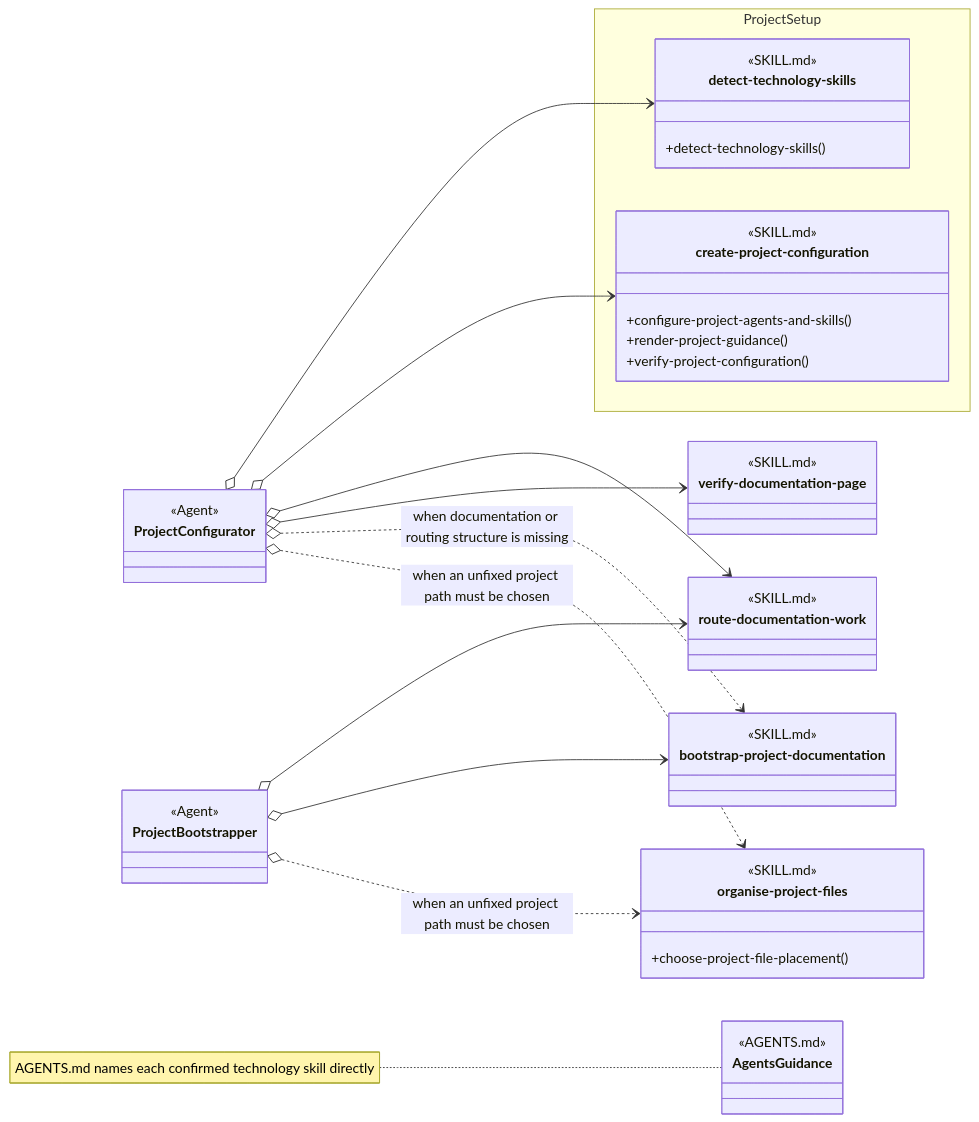
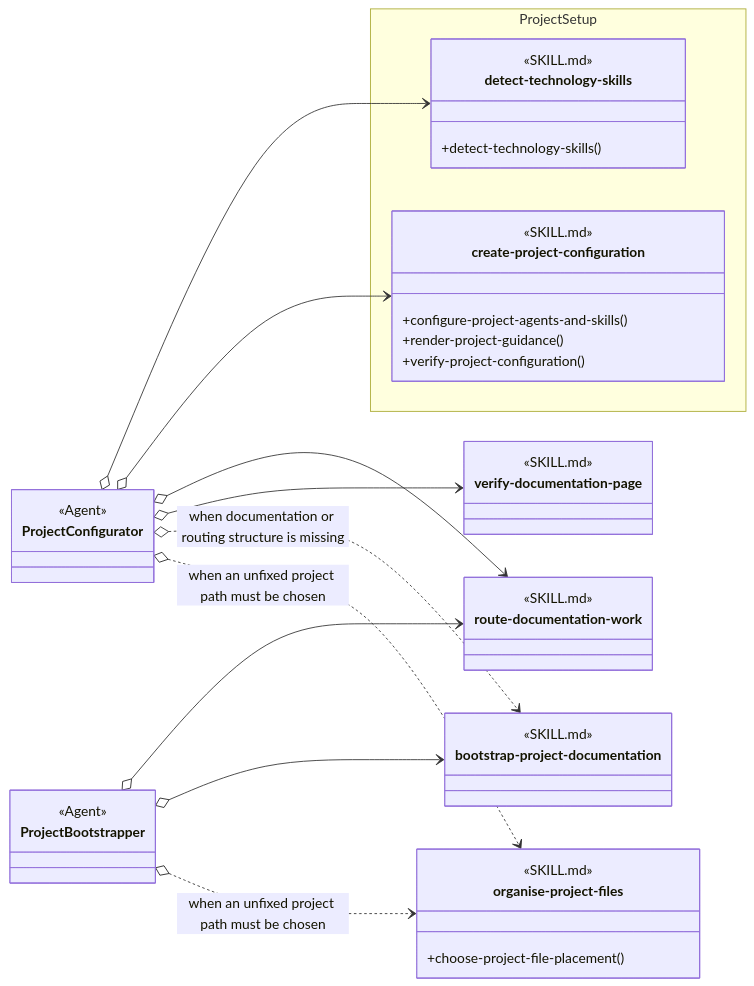
The diagram in design/skill-groups/project-setup.md (martinbechard/dev-methodology), drawn with Mermaid before and after one commit. The commit also changed 8 other files, not shown here.

````diff
--- a/design/skill-groups/project-setup.md
+++ b/design/skill-groups/project-setup.md
@@ -13,66 +13,60 @@
 ```mermaid
 classDiagram
     direction LR
 
     class ProjectConfigurator {
         <<Agent>>
     }
 
     class ProjectBootstrapper {
         <<Agent>>
     }
 
     namespace ProjectSetup {
         class detect-technology-skills {
             <<SKILL.md>>
             <<Agent Skill>>
             +detect-technology-skills()
         }
 
         class create-project-configuration {
             <<SKILL.md>>
             <<Agent Skill>>
             +configure-project-agents-and-skills()
             +render-project-guidance()
             +verify-project-configuration()
         }
     }
 
     class route-documentation-work {
         <<SKILL.md>>
         <<Cross-group>>
     }
 
     class bootstrap-project-documentation {
         <<SKILL.md>>
         <<Cross-group>>
     }
 
     class verify-documentation-page {
         <<SKILL.md>>
         <<Cross-group>>
     }
 
     class organise-project-files {
         <<SKILL.md>>
         <<Cross-group>>
         +choose-project-file-placement()
     }
 
-    class AgentsGuidance {
-        <<AGENTS.md>>
-    }
-
     ProjectConfigurator o--> detect-technology-skills
     ProjectConfigurator o--> create-project-configuration
     ProjectConfigurator o--> route-documentation-work
     ProjectConfigurator o--> verify-documentation-page
     ProjectConfigurator o..> bootstrap-project-documentation : when documentation or routing structure is missing
     ProjectConfigurator o..> organise-project-files : when an unfixed project path must be chosen
 
     ProjectBootstrapper o--> route-documentation-work
     ProjectBootstrapper o--> bootstrap-project-documentation
     ProjectBootstrapper o..> organise-project-files : when an unfixed project path must be chosen
-
-    note for AgentsGuidance "AGENTS.md names each confirmed technology skill directly"
 ```
````
